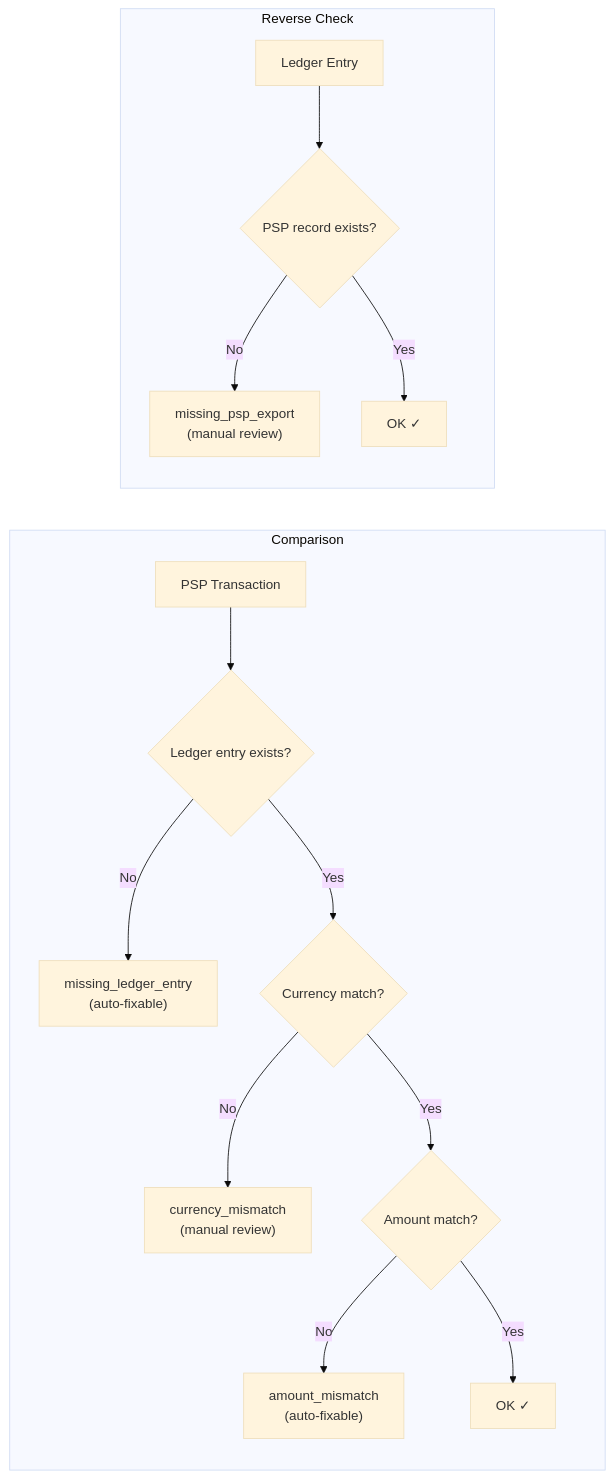
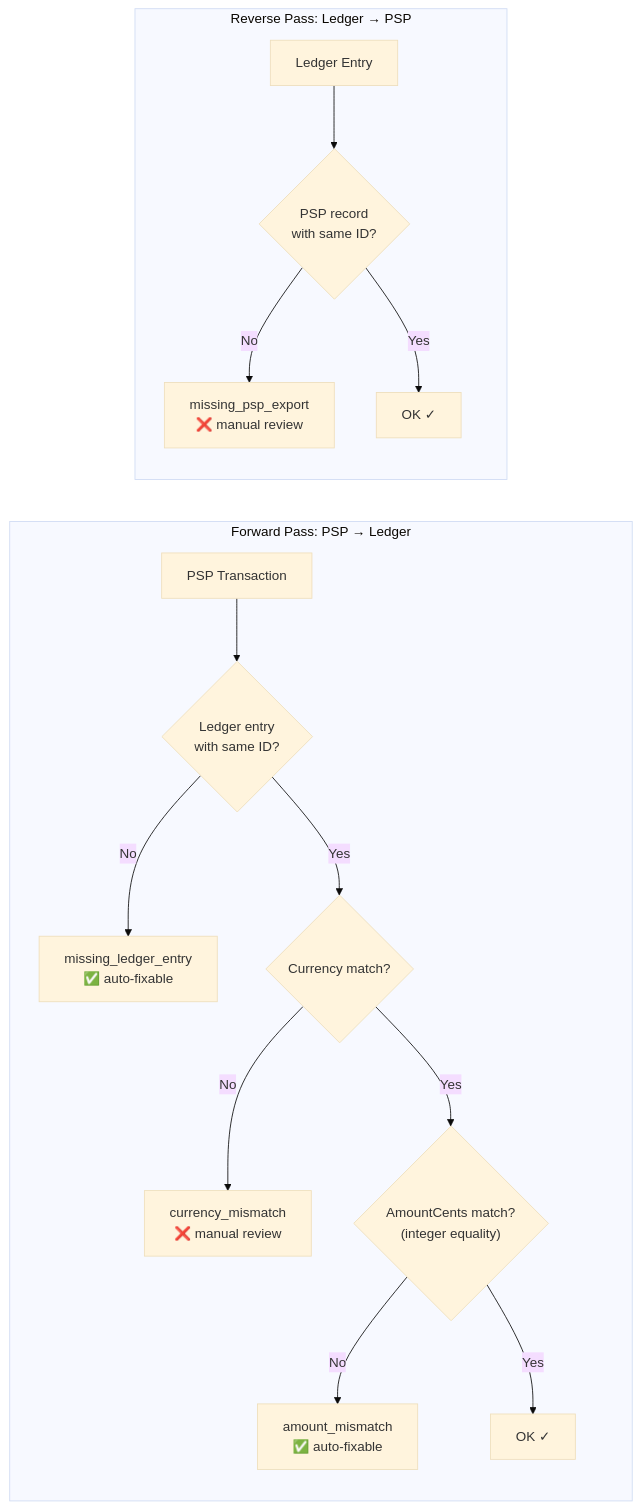
The fourth of 5 diagrams in services/reconciliation-engine/README.md (sunitakeazycommerz-a11y/InstaCommerce), drawn with Mermaid (base theme) before and after one commit. The commit also changed other lines of this file and 554 other files, not shown here.

````diff
--- a/services/reconciliation-engine/README.md
+++ b/services/reconciliation-engine/README.md
@@ -52,17 +292,18 @@
 ```mermaid
 flowchart LR
-    subgraph Comparison
-        A[PSP Transaction] --> B{Ledger entry exists?}
-        B -->|No| C["missing_ledger_entry<br/>(auto-fixable)"]
-        B -->|Yes| D{Currency match?}
-        D -->|No| E["currency_mismatch<br/>(manual review)"]
-        D -->|Yes| F{Amount match?}
-        F -->|No| G["amount_mismatch<br/>(auto-fixable)"]
-        F -->|Yes| H[OK ✓]
+    subgraph "Forward Pass: PSP → Ledger"
+        A["PSP Transaction"] --> B{"Ledger entry<br/>with same ID?"}
+        B -->|No| C["missing_ledger_entry<br/>✅ auto-fixable"]
+        B -->|Yes| D{"Currency match?"}
+        D -->|No| E["currency_mismatch<br/>❌ manual review"]
+        D -->|Yes| F{"AmountCents match?<br/>(integer equality)"}
+        F -->|No| G["amount_mismatch<br/>✅ auto-fixable"]
+        F -->|Yes| H["OK ✓"]
     end
-    subgraph Reverse Check
-        I[Ledger Entry] --> J{PSP record exists?}
-        J -->|No| K["missing_psp_export<br/>(manual review)"]
-        J -->|Yes| L[OK ✓]
+
+    subgraph "Reverse Pass: Ledger → PSP"
+        I["Ledger Entry"] --> J{"PSP record<br/>with same ID?"}
+        J -->|No| K["missing_psp_export<br/>❌ manual review"]
+        J -->|Yes| L["OK ✓"]
     end
 ```
````
